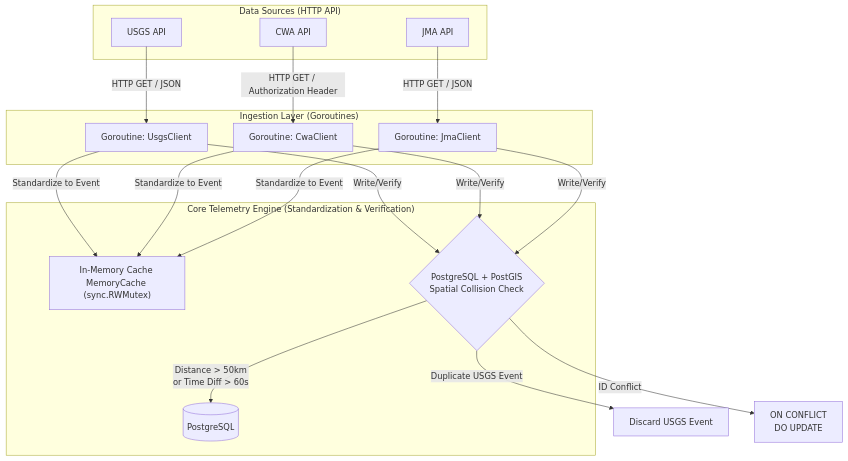
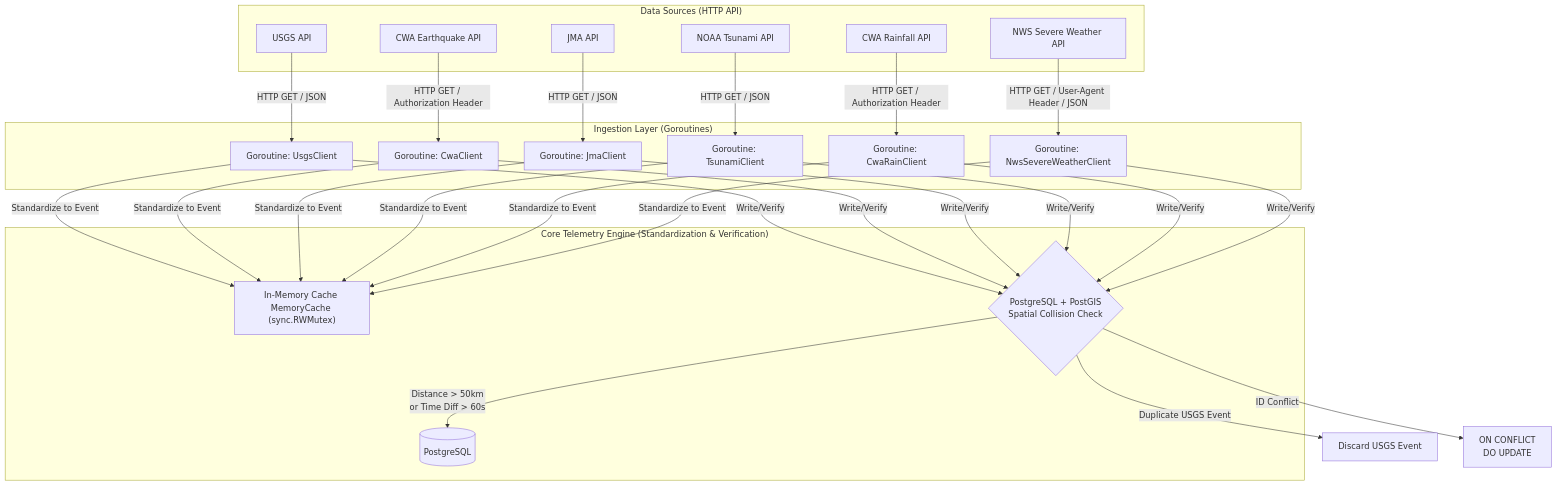
One commit to chgwyellow/AegisGeo changed the diagram in README.md. Above: the diagram before and after it, drawn with Mermaid. The commit also changed other lines of this file and 1 other file, not shown here.

````diff
--- a/README.md
+++ b/README.md
@@ -21,40 +21,55 @@
 ```mermaid
 graph TD
     %% Source Definitions
     subgraph sources ["Data Sources (HTTP API)"]
         USGS_API[USGS API]
-        CWA_API[CWA API]
+        CWA_EQ_API[CWA Earthquake API]
         JMA_API[JMA API]
+        NOAA_API[NOAA Tsunami API]
+        CWA_RAIN_API[CWA Rainfall API]
+        NWS_API[NWS Severe Weather API]
     end
 
     %% Ingestion Layer
     subgraph ingestion ["Ingestion Layer (Goroutines)"]
         G1[Goroutine: UsgsClient]
         G2[Goroutine: CwaClient]
         G3[Goroutine: JmaClient]
+        G4[Goroutine: TsunamiClient]
+        G5[Goroutine: CwaRainClient]
+        G6[Goroutine: NwsSevereWeatherClient]
     end
 
     %% Connection to Ingestion
     USGS_API -->|HTTP GET / JSON| G1
-    CWA_API -->|HTTP GET / Authorization Header| G2
+    CWA_EQ_API -->|HTTP GET / Authorization Header| G2
     JMA_API -->|HTTP GET / JSON| G3
+    NOAA_API -->|HTTP GET / JSON| G4
+    CWA_RAIN_API -->|HTTP GET / Authorization Header| G5
+    NWS_API -->|HTTP GET / User-Agent Header / JSON| G6
 
     %% Core Process
     subgraph core ["Core Telemetry Engine (Standardization & Verification)"]
         Cache["In-Memory Cache MemoryCache <br>(sync.RWMutex)"]
         DB_Check{PostgreSQL + PostGIS <br> Spatial Collision Check}
         SaveDB[(PostgreSQL)]
     end
 
     G1 -->|Standardize to Event| Cache
     G2 -->|Standardize to Event| Cache
     G3 -->|Standardize to Event| Cache
+    G4 -->|Standardize to Event| Cache
+    G5 -->|Standardize to Event| Cache
+    G6 -->|Standardize to Event| Cache
 
     G1 -->|Write/Verify| DB_Check
     G2 -->|Write/Verify| DB_Check
     G3 -->|Write/Verify| DB_Check
+    G4 -->|Write/Verify| DB_Check
+    G5 -->|Write/Verify| DB_Check
+    G6 -->|Write/Verify| DB_Check
 
     DB_Check -->|Distance > 50km <br> or Time Diff > 60s| SaveDB
     DB_Check -->|Duplicate USGS Event| Drop[Discard USGS Event]
     DB_Check -->|ID Conflict| Upsert["ON CONFLICT <br> DO UPDATE"]
 ```
````
